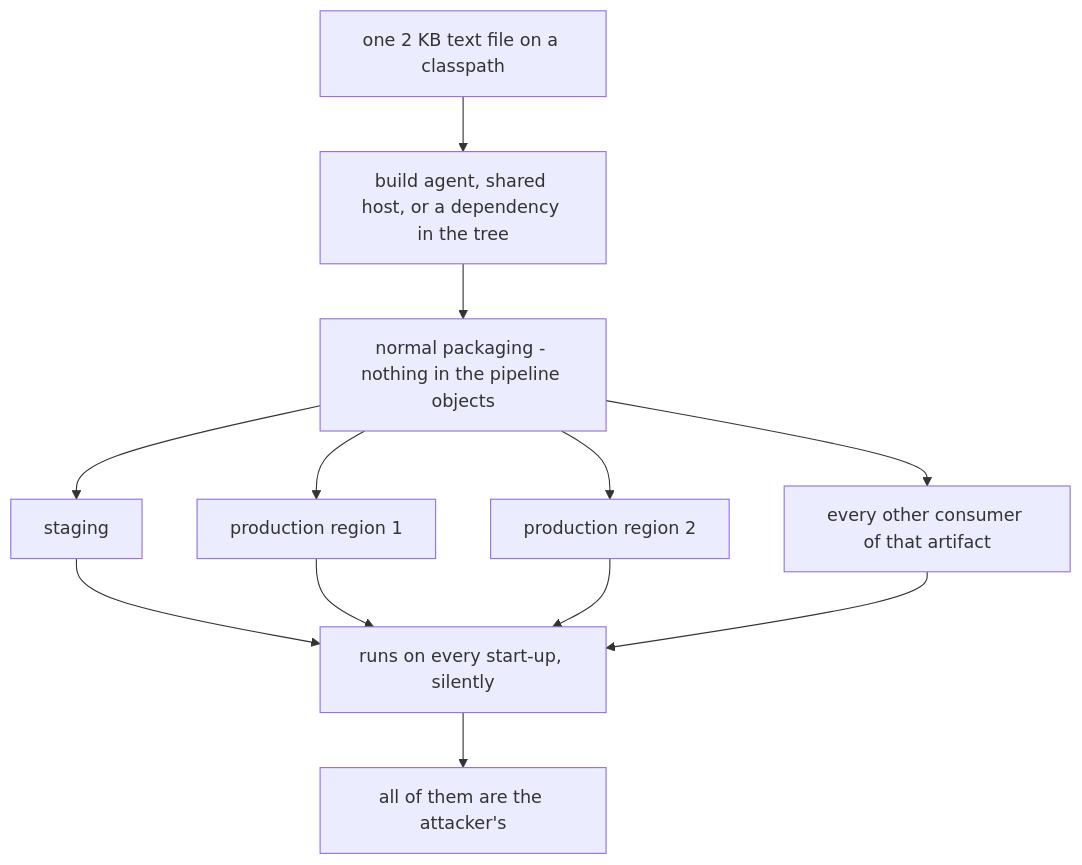
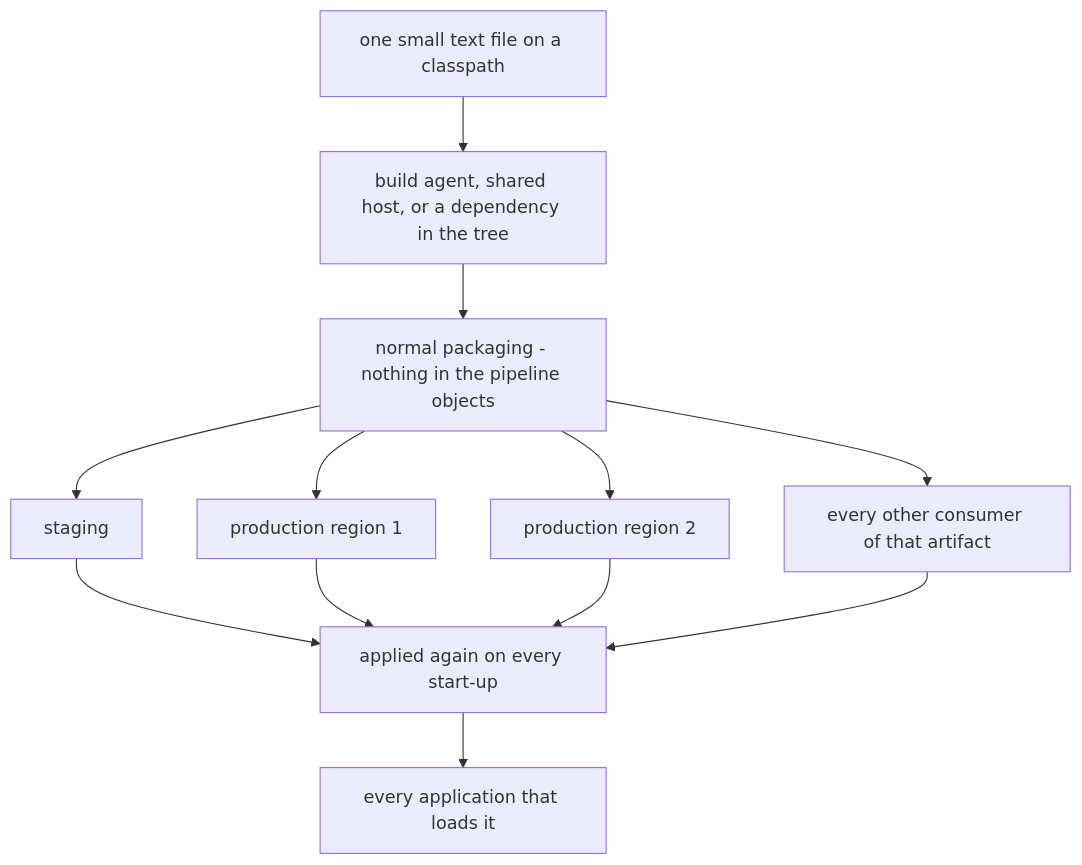
The second of 2 diagrams in README.md (vindeckyy/log4j-classpath-plant-rce), drawn with Mermaid before and after one commit. The commit also changed other lines of this file and 7 other files, not shown here.

````diff
--- a/README.md
+++ b/README.md
@@ -129,14 +165,14 @@
 ```mermaid
 flowchart TD
-    A["one 2 KB text file on a classpath"] --> B["build agent, shared host, or a dependency in the tree"]
+    A["one small text file on a classpath"] --> B["build agent, shared host, or a dependency in the tree"]
     B --> C["normal packaging - nothing in the pipeline objects"]
     C --> D["staging"]
     C --> E["production region 1"]
     C --> F["production region 2"]
     C --> G["every other consumer of that artifact"]
-    D --> H["runs on every start-up, silently"]
+    D --> H["applied again on every start-up"]
     E --> H
     F --> H
     G --> H
-    H --> I["all of them are the attacker's"]
+    H --> I["every application that loads it"]
 ```
````
